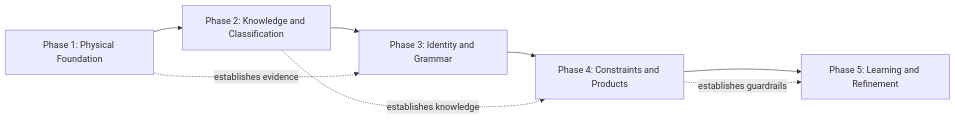
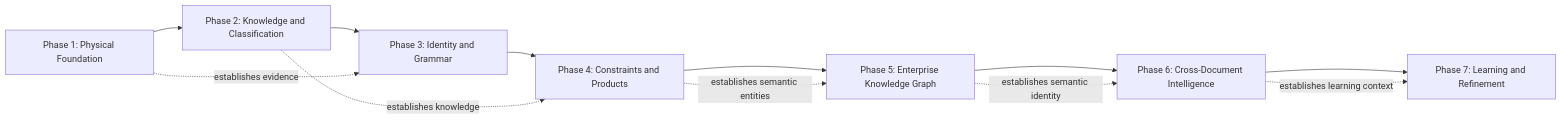
Diagram 12 of 20 in docs/Enterprise-Architecture/Receipt-Intelligence-Enterprise-Architecture.md (rchalicham/ai-backend), drawn with Mermaid before and after one commit. The commit also changed other lines of this file and 330 other files, not shown here.

Commit message:
Add enterprise receipt intelligence frameworks

````diff
--- a/docs/Enterprise-Architecture/Receipt-Intelligence-Enterprise-Architecture.md
+++ b/docs/Enterprise-Architecture/Receipt-Intelligence-Enterprise-Architecture.md
@@ -1006,10 +1416,14 @@
 ```mermaid
 flowchart LR
     phaseOne["Phase 1: Physical Foundation"] --> phaseTwo["Phase 2: Knowledge and Classification"]
     phaseTwo --> phaseThree["Phase 3: Identity and Grammar"]
     phaseThree --> phaseFour["Phase 4: Constraints and Products"]
-    phaseFour --> phaseFive["Phase 5: Learning and Refinement"]
+    phaseFour --> phaseFive["Phase 5: Enterprise Knowledge Graph"]
+    phaseFive --> phaseSix["Phase 6: Cross-Document Intelligence"]
+    phaseSix --> phaseSeven["Phase 7: Learning and Refinement"]
     phaseOne -. establishes evidence .-> phaseThree
     phaseTwo -. establishes knowledge .-> phaseFour
-    phaseFour -. establishes guardrails .-> phaseFive
+    phaseFour -. establishes semantic entities .-> phaseFive
+    phaseFive -. establishes semantic identity .-> phaseSix
+    phaseSix -. establishes learning context .-> phaseSeven
 ```
````
